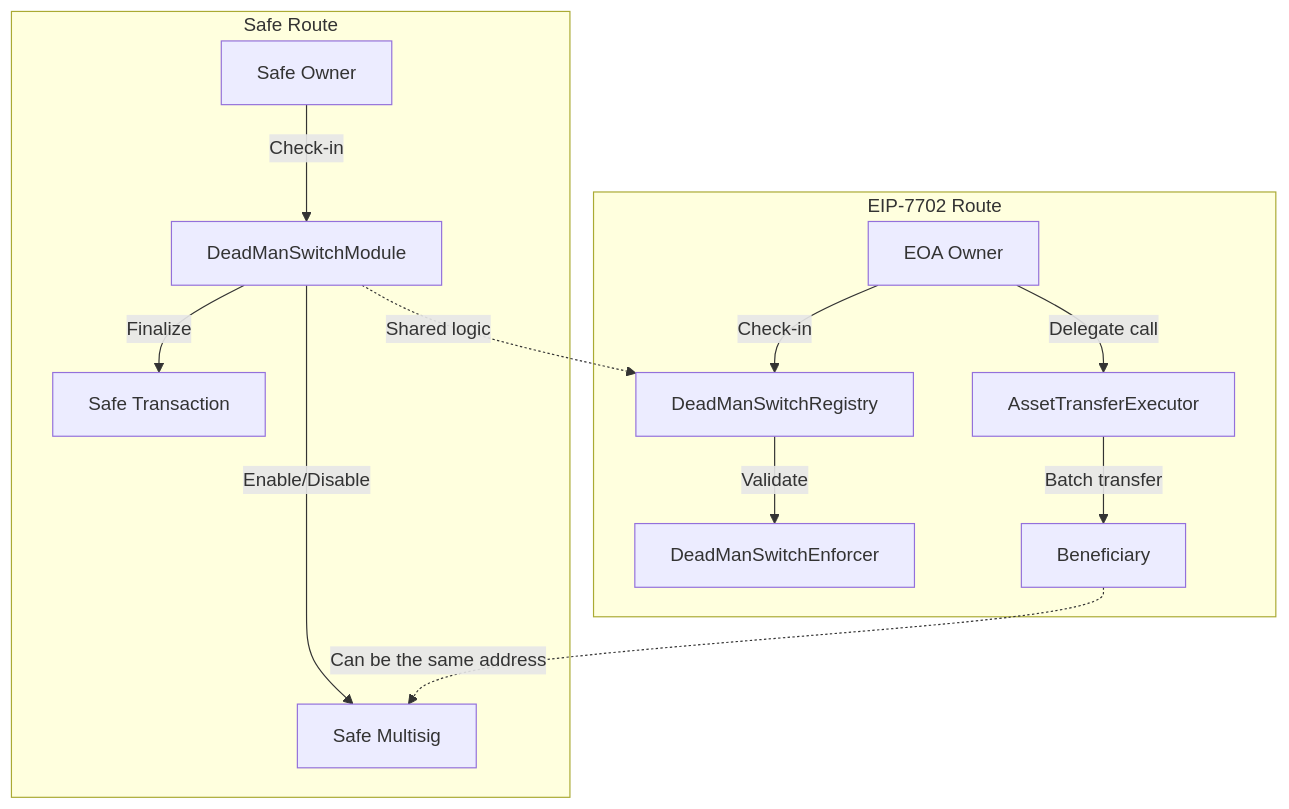
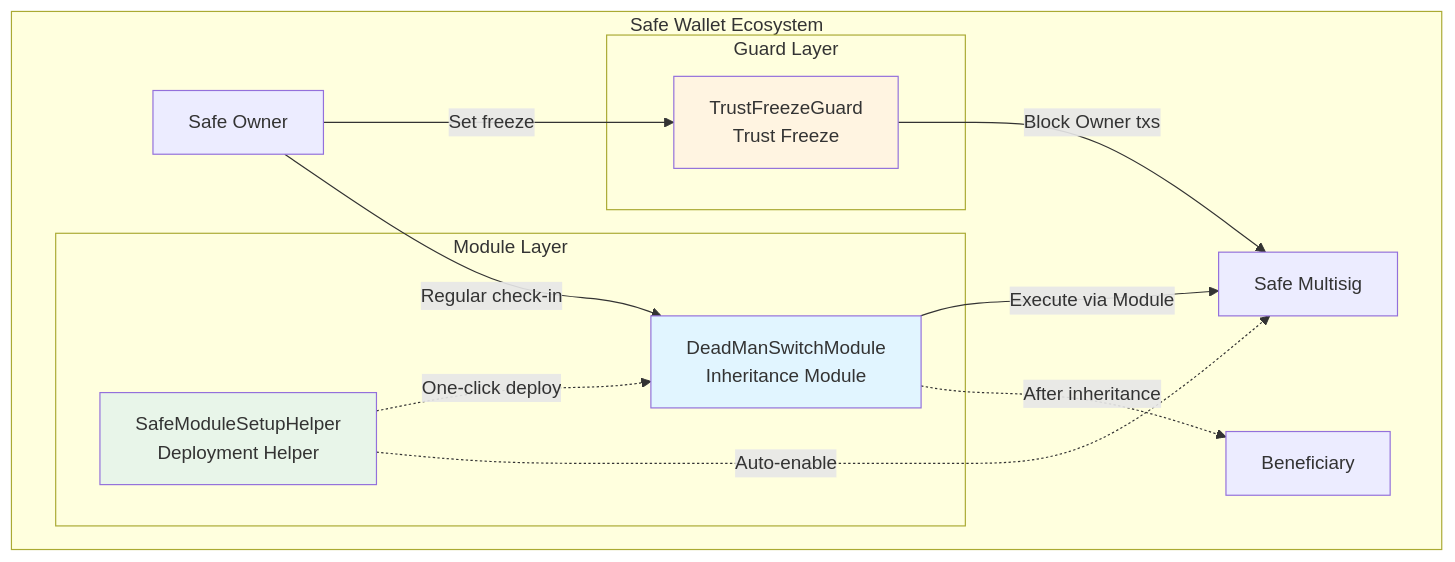
Before and after one commit to familykey/familykey-contract: the diagram in README.en.md, drawn with Mermaid. The commit also changed other lines of this file and 25 other files, not shown here.

Commit message:
Add .gitignore, update foundry configuration, and enhance README with project features and usage. Introduce TrustFreezeGuard and deployment scripts for module integration.

````diff
--- a/README.en.md
+++ b/README.en.md
@@ -40,28 +44,33 @@
 ```mermaid
 graph TD
-    subgraph Safe Route
+    subgraph Safe Wallet Ecosystem
         SafeOwner[Safe Owner]
         SafeWallet[Safe Multisig]
-        SafeModule[DeadManSwitchModule]
-        SafeExecutor[Safe Transaction]
 
-        SafeOwner -->|Check-in| SafeModule
-        SafeModule -->|Enable/Disable| SafeWallet
-        SafeModule -->|Finalize| SafeExecutor
+        subgraph Module Layer
+            DMS[DeadManSwitchModule<br/>Inheritance Module]
+            Helper[SafeModuleSetupHelper<br/>Deployment Helper]
+        end
+
+        subgraph Guard Layer
+            TFG[TrustFreezeGuard<br/>Trust Freeze]
+        end
+
+        Beneficiary[Beneficiary]
     end
 
-    subgraph EIP-7702 Route
-        EOAMain[EOA Owner]
-        Registry[DeadManSwitchRegistry]
-        Enforcer[DeadManSwitchEnforcer]
-        Executor[AssetTransferExecutor]
+    SafeOwner -->|Regular check-in| DMS
+    SafeOwner -->|Set freeze| TFG
 
-        EOAMain -->|Check-in| Registry
-        Registry -->|Validate| Enforcer
-        EOAMain -->|Delegate call| Executor
-        Executor -->|Batch transfer| Beneficiary[Beneficiary]
-    end
+    Helper -.One-click deploy.-> DMS
+    Helper -.Auto-enable.-> SafeWallet
 
-    SafeModule -.Shared logic.-> Registry
-    Beneficiary -.Can be the same address.-> SafeWallet
+    DMS -->|Execute via Module| SafeWallet
+    TFG -->|Block Owner txs| SafeWallet
+
+    DMS -.After inheritance.-> Beneficiary
+
+    style DMS fill:#e1f5ff
+    style TFG fill:#fff4e1
+    style Helper fill:#e8f5e9
 ```
````
